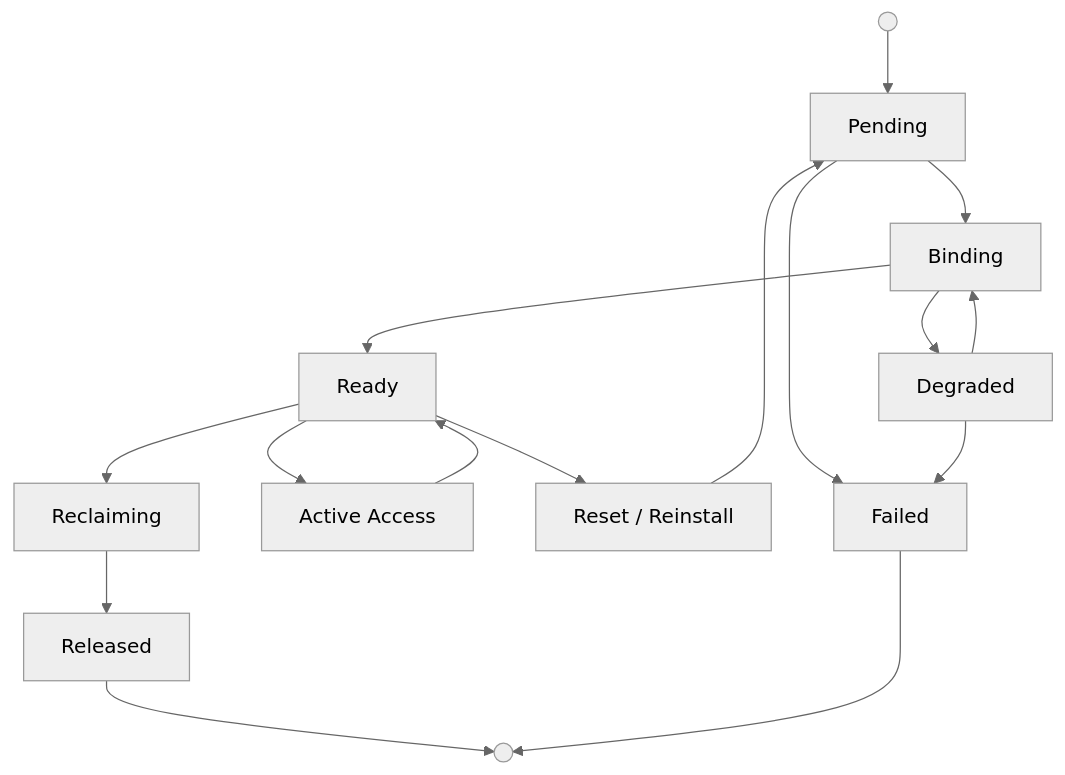
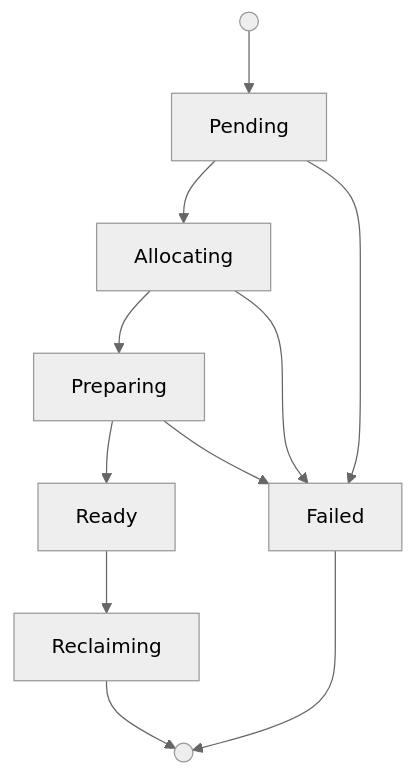
Before and after one commit to Mount-Thor/docs: the diagram in compute/bare-metal.mdx, drawn with Mermaid (neutral theme). The commit also changed other lines of this file and 5 other files, not shown here.

````diff
--- a/compute/bare-metal.mdx
+++ b/compute/bare-metal.mdx
@@ -17,18 +15,13 @@
 ```mermaid
 flowchart TD
   Start(( )) --> Pending[Pending]
-  Pending --> Binding
+  Pending --> Allocating
+  Allocating --> Preparing
+  Preparing --> Ready
+  Ready --> Reclaiming
+  Reclaiming --> End(( ))
   Pending --> Failed
-  Binding --> Ready
-  Binding --> Degraded
-  Degraded --> Binding
-  Degraded --> Failed
-  Ready --> ActiveAccess[Active Access]
-  ActiveAccess --> Ready
-  Ready --> Operation[Reset / Reinstall]
-  Operation --> Pending
-  Ready --> Reclaiming
-  Reclaiming --> Released
-  Released --> End(( ))
+  Allocating --> Failed
+  Preparing --> Failed
   Failed --> End
 ```
````
